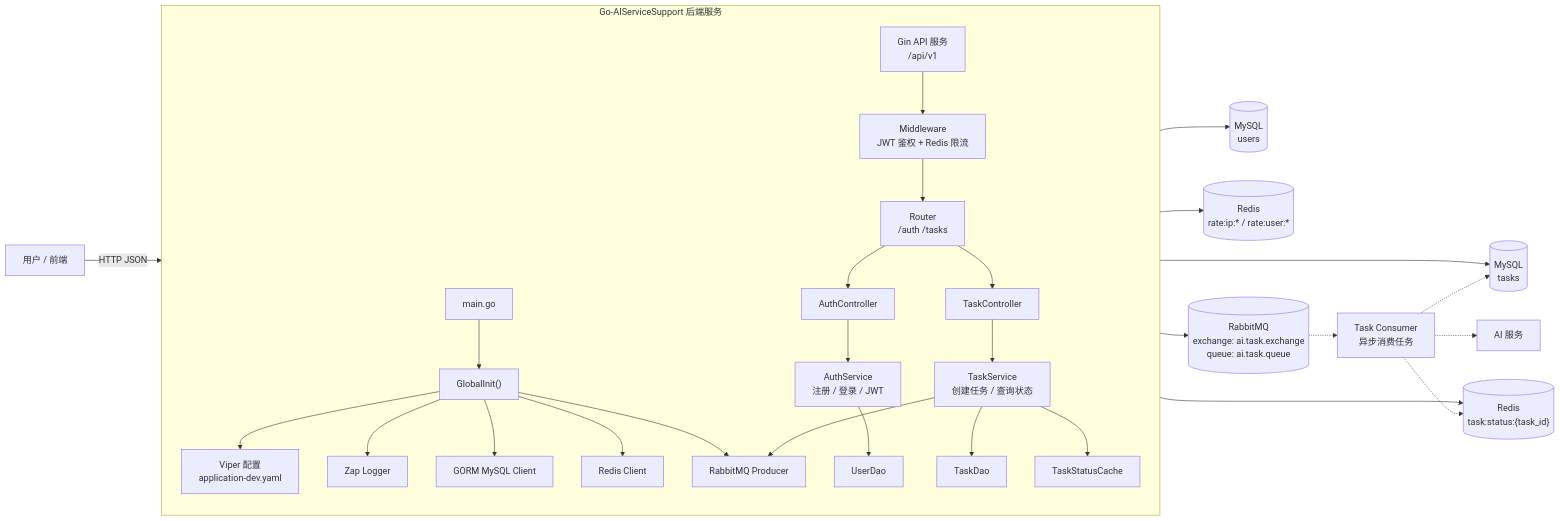
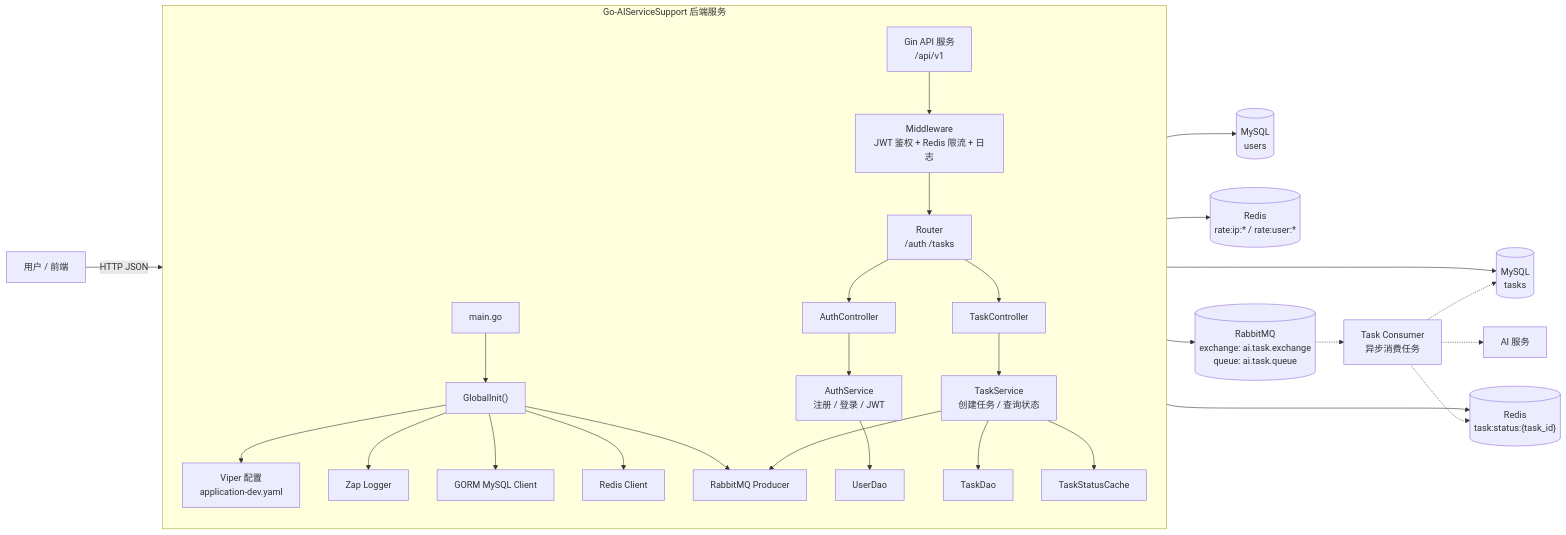
One commit to Luer211/Go-AIServiceSupport changed the diagram in README.md. Above: the diagram before and after it, drawn with Mermaid.

````diff
--- a/README.md
+++ b/README.md
@@ -22,41 +22,41 @@
 ```mermaid
 flowchart LR
     U["用户 / 前端"] -->|"HTTP JSON"| API["Gin API 服务<br/>/api/v1"]
 
     subgraph App["Go-AIServiceSupport 后端服务"]
         direction TB
 
         Main["main.go"] --> Init["GlobalInit()"]
         Init --> Config["Viper 配置<br/>application-dev.yaml"]
         Init --> Logger["Zap Logger"]
         Init --> Gorm["GORM MySQL Client"]
         Init --> RedisClient["Redis Client"]
         Init --> MQProducer["RabbitMQ Producer"]
 
-        API --> MW["Middleware<br/>JWT 鉴权 + Redis 限流"]
+        API --> MW["Middleware<br/>JWT 鉴权 + Redis 限流 + 日志"]
         MW --> Router["Router<br/>/auth /tasks"]
 
         Router --> AuthCtl["AuthController"]
         Router --> TaskCtl["TaskController"]
 
         AuthCtl --> AuthSvc["AuthService<br/>注册 / 登录 / JWT"]
         TaskCtl --> TaskSvc["TaskService<br/>创建任务 / 查询状态"]
 
         AuthSvc --> UserDao["UserDao"]
         TaskSvc --> TaskDao["TaskDao"]
         TaskSvc --> StatusCache["TaskStatusCache"]
         TaskSvc --> MQProducer
     end
 
     UserDao --> MySQL[("MySQL<br/>users")]
     TaskDao --> MySQL2[("MySQL<br/>tasks")]
     StatusCache --> Redis[("Redis<br/>task:status:{task_id}")]
     MW --> Redis2[("Redis<br/>rate:ip:* / rate:user:*")]
 
     MQProducer --> RabbitMQ[("RabbitMQ<br/>exchange: ai.task.exchange<br/>queue: ai.task.queue")]
 
     RabbitMQ -.-> Consumer["Task Consumer<br/>异步消费任务"]
     Consumer -.-> AI["AI 服务"]
     Consumer -.-> MySQL2
     Consumer -.-> Redis
 ```
````
